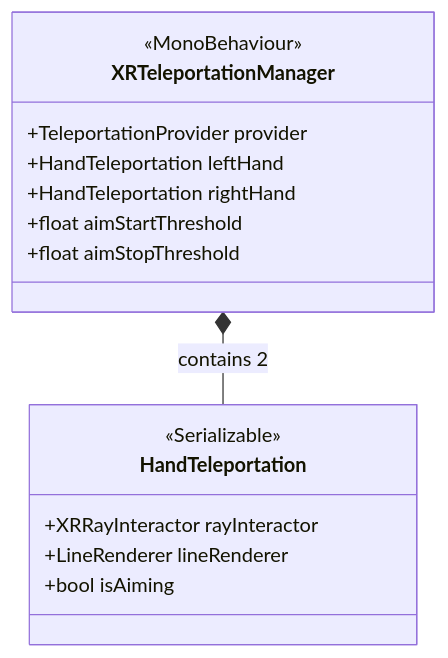
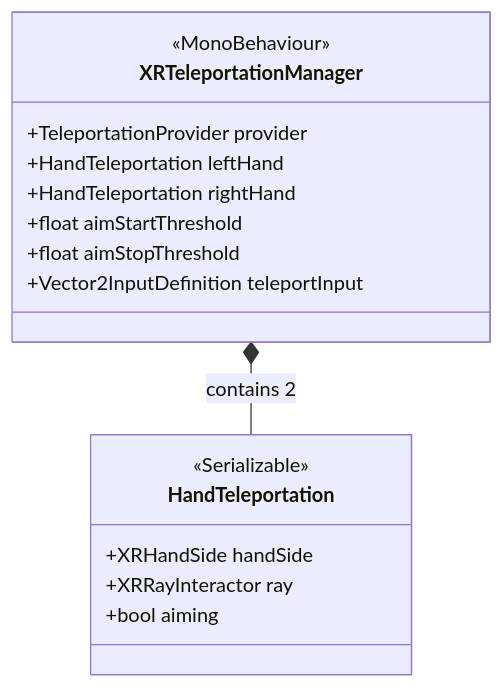
The diagram in Documentation/Teleportation.md (Louis27140/XR-Interactions), drawn with Mermaid before and after one commit. The commit also changed other lines of this file and 31 other files, not shown here.

````diff
--- a/Documentation/Teleportation.md
+++ b/Documentation/Teleportation.md
@@ -7,20 +9,21 @@
 ```mermaid
 classDiagram
     class XRTeleportationManager {
         <<MonoBehaviour>>
         +TeleportationProvider provider
         +HandTeleportation leftHand
         +HandTeleportation rightHand
         +float aimStartThreshold
         +float aimStopThreshold
+        +Vector2InputDefinition teleportInput
     }
-    
+
     class HandTeleportation {
         <<Serializable>>
-        +XRRayInteractor rayInteractor
-        +LineRenderer lineRenderer
-        +bool isAiming
+        +XRHandSide handSide
+        +XRRayInteractor ray
+        +bool aiming
     }
-    
+
     XRTeleportationManager *-- HandTeleportation : contains 2
 ```
````
